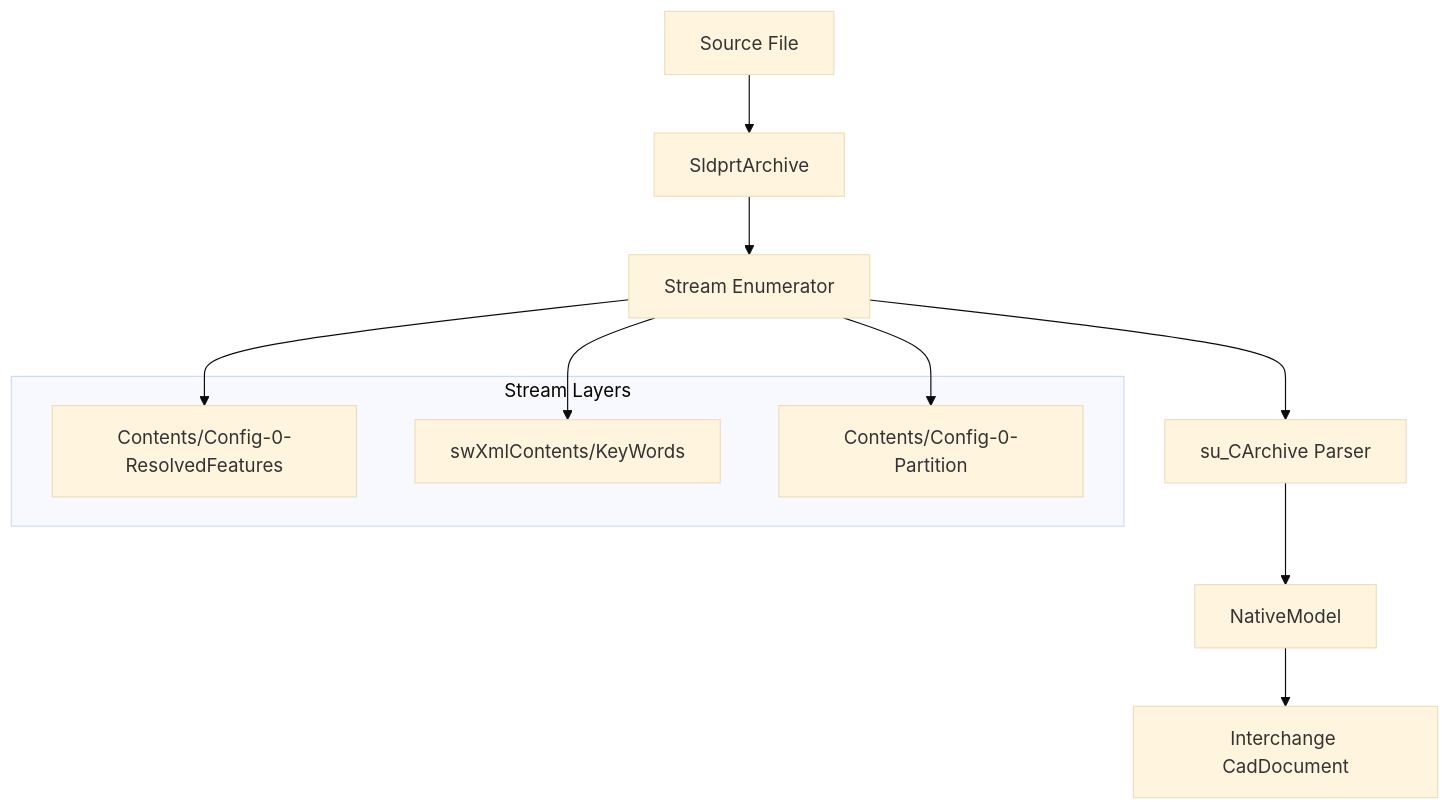
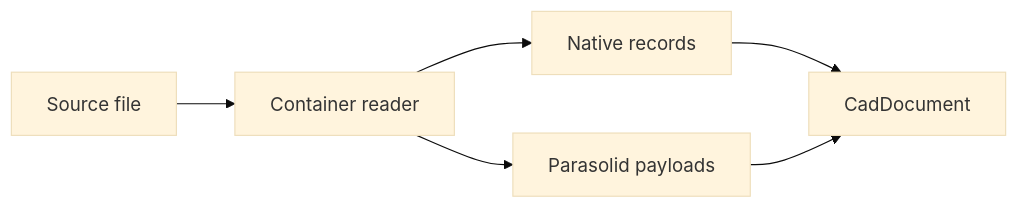
One commit to TryUniCAD/Kit changed the diagram in Documentation/Reference/Adapters/Solidworks.md. Above: the diagram before and after it, drawn with Mermaid (base theme). The commit also changed other lines of this file and 53 other files, not shown here.

````diff
--- a/Documentation/Reference/Adapters/Solidworks.md
+++ b/Documentation/Reference/Adapters/Solidworks.md
@@ -29,17 +43,8 @@
 ```mermaid
-graph TD
-    A[Source File] --> B[SldprtArchive]
-    B --> C[Stream Enumerator]
-    C --> D[su_CArchive Parser]
-    D --> E[NativeModel]
-    E --> F[Interchange CadDocument]
-
-    subgraph Stream Layers
-        C1[Contents/Config-0-ResolvedFeatures]
-        C2[swXmlContents/KeyWords]
-        C3[Contents/Config-0-Partition]
-    end
-    C --> C1
-    C --> C2
-    C --> C3
+flowchart LR
+    File[Source file] --> Archive[Container reader]
+    Archive --> Records[Native records]
+    Records --> Model[CadDocument]
+    Archive --> Geometry[Parasolid payloads]
+    Geometry --> Model
 ```
````
